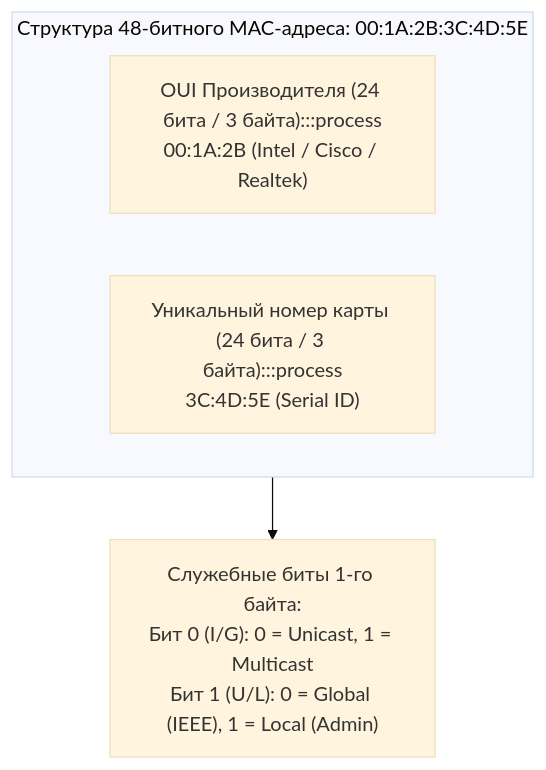
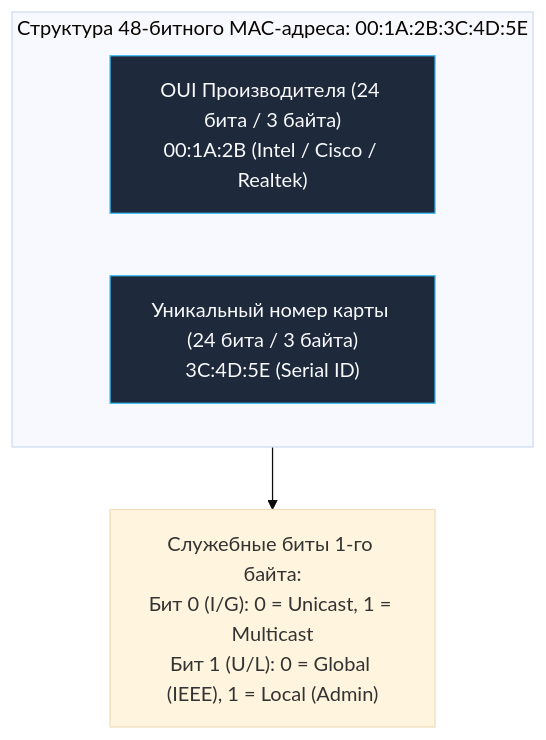
Before and after one commit to UnrealTemplier/go-textbook-ru: the third of 5 diagrams in sources/3. Компьютерные сети и сетевой стек/3. Ethernet, MAC-адреса и локальные сети.md, drawn with Mermaid (base theme). The commit also changed 40 other files, not shown here.

First line of the commit message:
fix(mermaid): move :::class out of 48 quoted node labels

````diff
--- a/sources/3. Компьютерные сети и сетевой стек/3. Ethernet, MAC-адреса и локальные сети.md
+++ b/sources/3. Компьютерные сети и сетевой стек/3. Ethernet, MAC-адреса и локальные сети.md
@@ -114,24 +114,24 @@
 ```mermaid
 flowchart TD
     classDef process  fill:#1e293b,stroke:#38bdf8,stroke-width:1px,color:#f8fafc
     classDef success  fill:#064e3b,stroke:#34d399,stroke-width:1px,color:#f8fafc
     classDef error    fill:#7f1d1d,stroke:#f87171,stroke-width:1px,color:#f8fafc
     classDef warning  fill:#78350f,stroke:#fbbf24,stroke-width:1px,color:#f8fafc
     classDef entry    fill:#1e3a5f,stroke:#38bdf8,stroke-width:2px,color:#f8fafc
     classDef aux      fill:#334155,stroke:#64748b,stroke-width:1px,color:#f8fafc
     classDef system   fill:#312e81,stroke:#a78bfa,stroke-width:1px,color:#f8fafc
     classDef data     fill:#132d29,stroke:#2dd4bf,stroke-width:1px,color:#f8fafc
     classDef network  fill:#881337,stroke:#fb7185,stroke-width:1px,color:#f8fafc
     classDef accent   fill:#1e1b4b,stroke:#818cf8,stroke-width:1px,color:#f8fafc
     subgraph MAC_Structure ["Структура 48-битного MAC-адреса: 00:1A:2B:3C:4D:5E"]
         direction LR
-        OUI["OUI Производителя (24 бита / 3 байта):::process
-00:1A:2B (Intel / Cisco / Realtek)"]
-        NIC_Serial["Уникальный номер карты (24 бита / 3 байта):::process
-3C:4D:5E (Serial ID)"]
+        OUI["OUI Производителя (24 бита / 3 байта)
+00:1A:2B (Intel / Cisco / Realtek)"]:::process
+        NIC_Serial["Уникальный номер карты (24 бита / 3 байта)
+3C:4D:5E (Serial ID)"]:::process
     end
 
     OUI --> BitFlags["Служебные биты 1-го байта:
 Бит 0 (I/G): 0 = Unicast, 1 = Multicast
 Бит 1 (U/L): 0 = Global (IEEE), 1 = Local (Admin)"]
 ```
````
